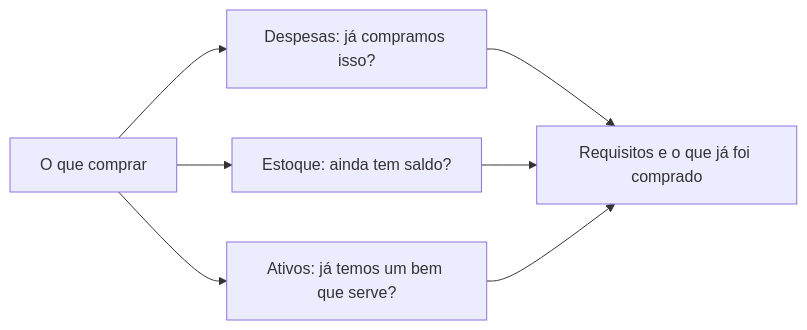
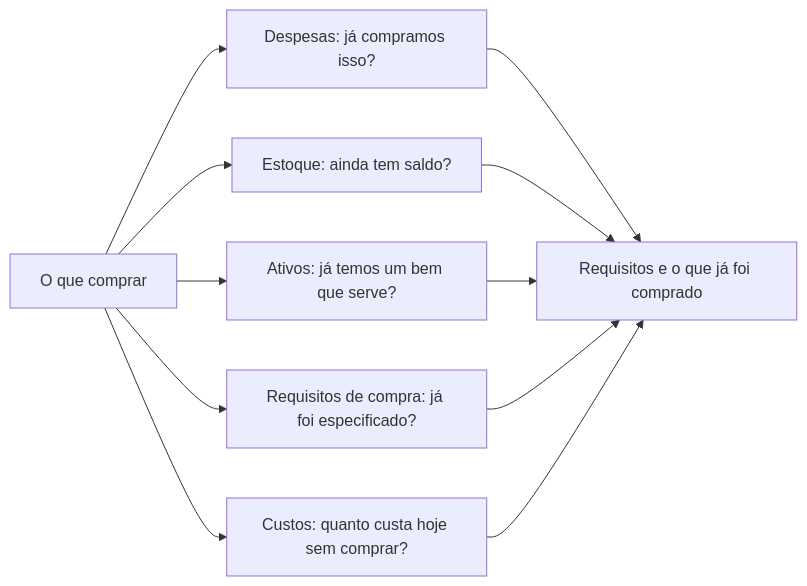
The first of 2 diagrams in .agents/skills/pesquisar-compra/SKILL.md (jimmyandrade/harness), drawn with Mermaid before and after one commit. The commit also changed other lines of this file and 2 other files, not shown here.

First line of the commit message:
feat(pesquisar-compra): read requirements and costs, and find the seller's own store

````diff
--- a/.agents/skills/pesquisar-compra/SKILL.md
+++ b/.agents/skills/pesquisar-compra/SKILL.md
@@ -40,9 +40,13 @@
 ```mermaid
 flowchart LR
   P[O que comprar] --> D[Despesas: já compramos isso?]
   P --> E[Estoque: ainda tem saldo?]
   P --> A[Ativos: já temos um bem que serve?]
+  P --> Q[Requisitos de compra: já foi especificado?]
+  P --> C[Custos: quanto custa hoje sem comprar?]
   D --> R[Requisitos e o que já foi comprado]
   E --> R
   A --> R
+  Q --> R
+  C --> R
 ```
````
